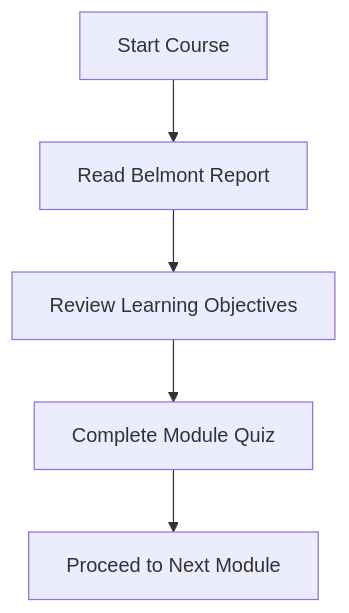
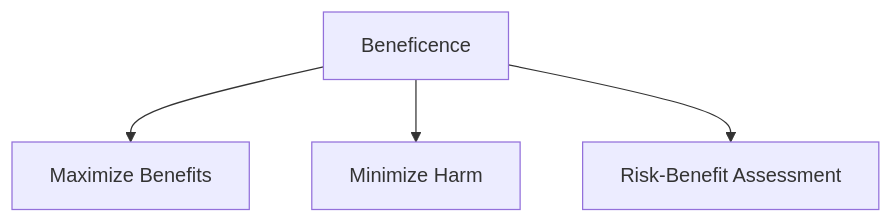
Before and after one commit to mfathy2/CourseSummarizer: the second of 5 diagrams in course2/Module1 Gcp Intro.md, drawn with Mermaid. The commit also changed other lines of this file and 4 other files, not shown here.

````diff
--- a/course2/Module1 Gcp Intro.md
+++ b/course2/Module1 Gcp Intro.md
@@ -108,7 +29,6 @@
 ```mermaid
 graph TD
-    A[Start Course] --> B[Read Belmont Report]
-    B --> C[Review Learning Objectives]
-    C --> D[Complete Module Quiz]
-    D --> E[Proceed to Next Module]
+    A[Beneficence] --> B[Maximize Benefits]
+    A --> C[Minimize Harm]
+    A --> D[Risk-Benefit Assessment]
 ```
````
